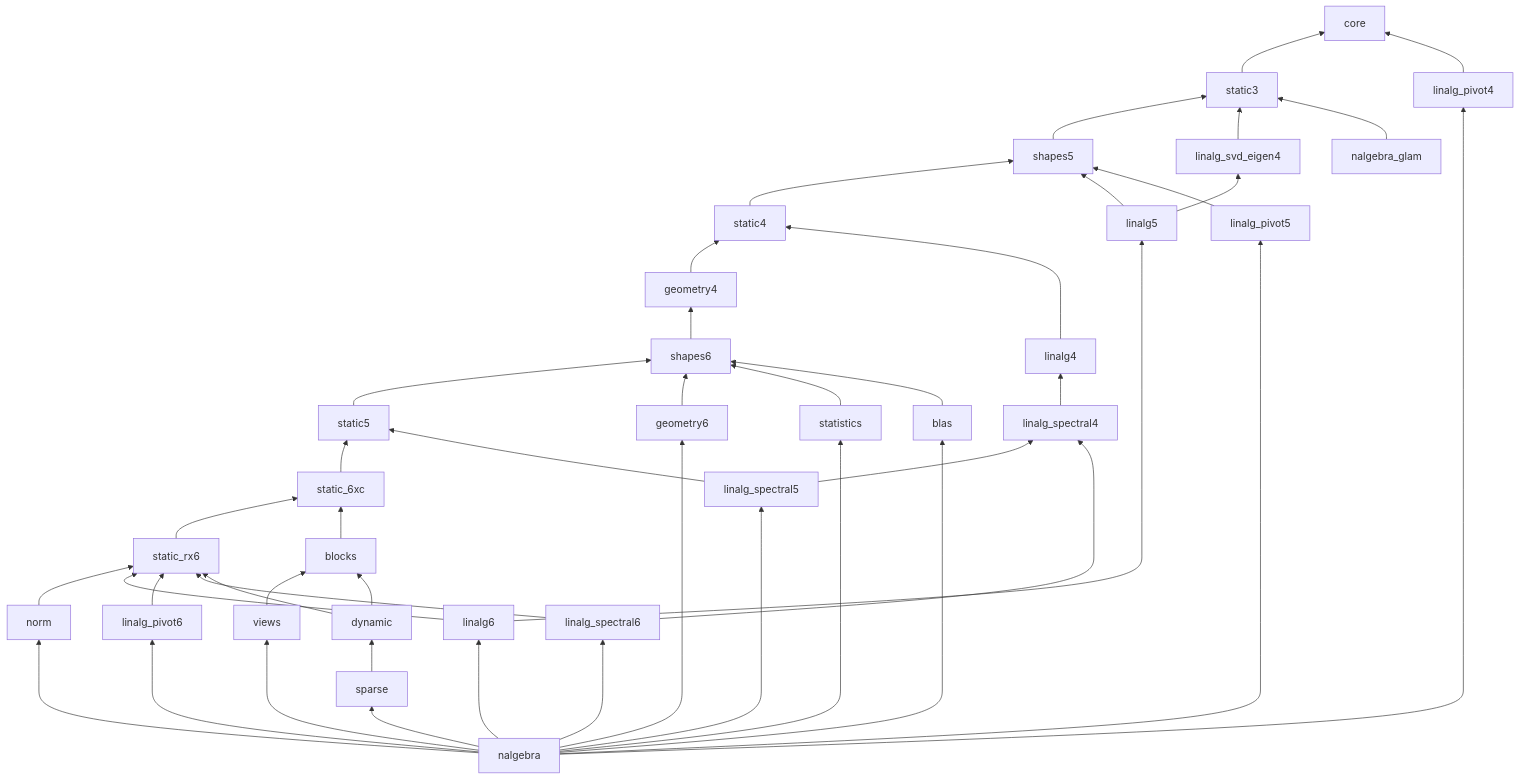
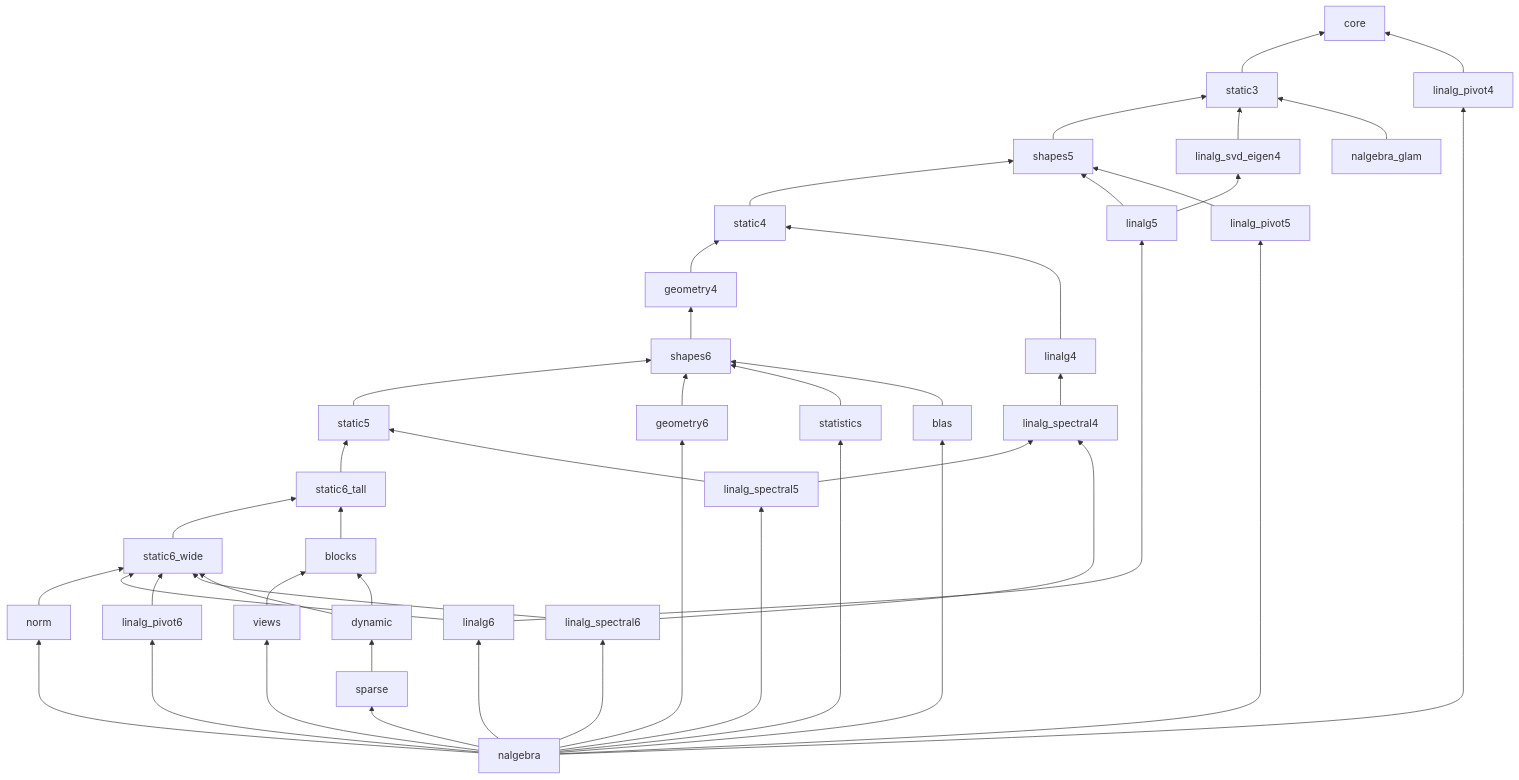
One commit to bal7hazar/nalgebra-cairo changed the diagram in docs/SPLIT.md. Above: the diagram before and after it, drawn with Mermaid. The commit also changed other lines of this file and 2 other files, not shown here.

Commit message:
split: rename static_6xc / static_rx6 to static6_tall / static6_wide; SPLIT §14 approval, description and keyword rules

````diff
--- a/docs/SPLIT.md
+++ b/docs/SPLIT.md
@@ -195,47 +195,47 @@
 ```mermaid
 graph BT
   static3 --> core
   shapes5 --> static3
   static4 --> shapes5
   geometry4 --> static4
   shapes6 --> geometry4
   static5 --> shapes6
-  static_6xc --> static5
-  static_rx6 --> static_6xc
-  blocks --> static_6xc
+  static6_tall --> static5
+  static6_wide --> static6_tall
+  blocks --> static6_tall
   views --> blocks
-  norm --> static_rx6
+  norm --> static6_wide
   geometry6 --> shapes6
   statistics --> shapes6
   blas --> shapes6
   linalg4 --> static4
   linalg_svd_eigen4 --> static3
   linalg_pivot4 --> core
   linalg_spectral4 --> linalg4
   linalg5 --> linalg_svd_eigen4
   linalg5 --> shapes5
   linalg_pivot5 --> shapes5
   linalg_spectral5 --> linalg_spectral4
   linalg_spectral5 --> static5
   linalg6 --> linalg5
-  linalg6 --> static_rx6
-  linalg_pivot6 --> static_rx6
+  linalg6 --> static6_wide
+  linalg_pivot6 --> static6_wide
   linalg_spectral6 --> linalg_spectral4
-  linalg_spectral6 --> static_rx6
+  linalg_spectral6 --> static6_wide
   dynamic --> blocks
-  dynamic --> static_rx6
+  dynamic --> static6_wide
   sparse --> dynamic
   nalgebra --> views
   nalgebra --> norm
   nalgebra --> geometry6
   nalgebra --> statistics
   nalgebra --> blas
   nalgebra --> linalg_pivot4
   nalgebra --> linalg_pivot5
   nalgebra --> linalg_spectral5
   nalgebra --> linalg6
   nalgebra --> linalg_pivot6
   nalgebra --> linalg_spectral6
   nalgebra --> sparse
   nalgebra_glam --> static3
 ```
````
